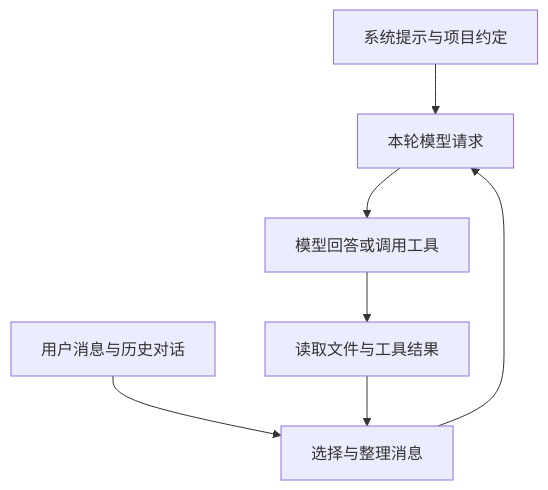
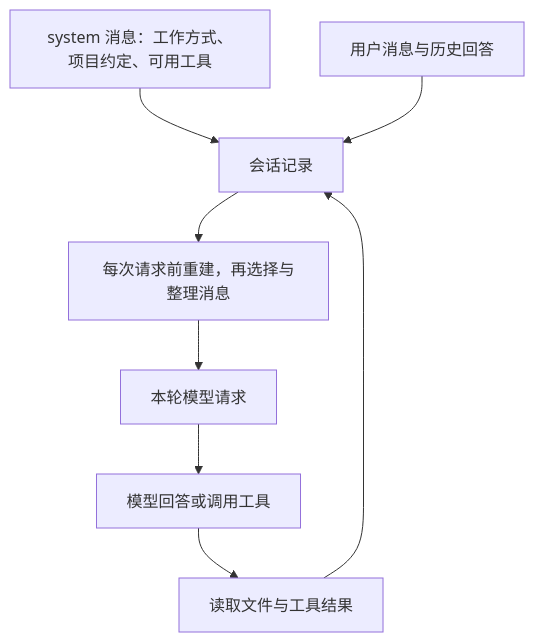
The first of 2 diagrams in book/03-context-engineering.md (Dante-dan/pi-agent-book), drawn with Mermaid before and after one commit. The commit also changed 4 other files, not shown here.

Commit message:
Update Mermaid diagrams for Pi 0.87.1 and rerun syntax check

````diff
--- a/book/03-context-engineering.md
+++ b/book/03-context-engineering.md
@@ -21,9 +21,10 @@
 ```mermaid
 flowchart TD
-    A[系统提示与项目约定] --> E[本轮模型请求]
-    B[用户消息与历史对话] --> D[选择与整理消息]
-    C[读取文件与工具结果] --> D
-    D --> E
+    A["system 消息：工作方式、项目约定、可用工具"] --> R[会话记录]
+    B[用户消息与历史回答] --> R
+    C[读取文件与工具结果] --> R
+    R --> D["每次请求前重建，再选择与整理消息"]
+    D --> E[本轮模型请求]
     E --> F[模型回答或调用工具]
     F --> C
 ```
````
